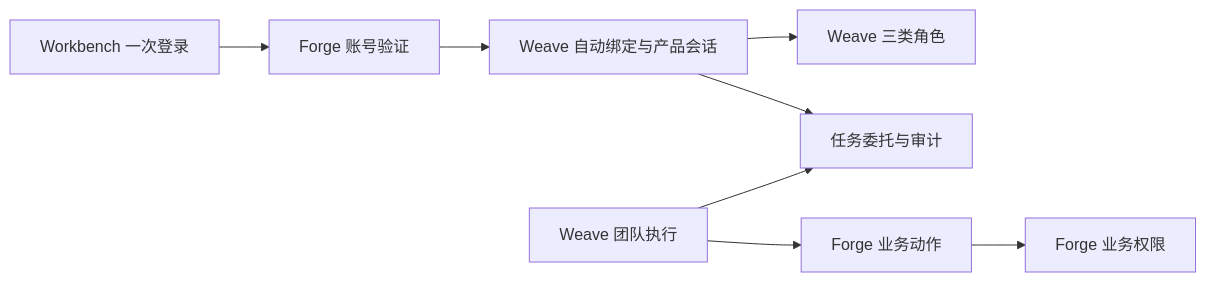
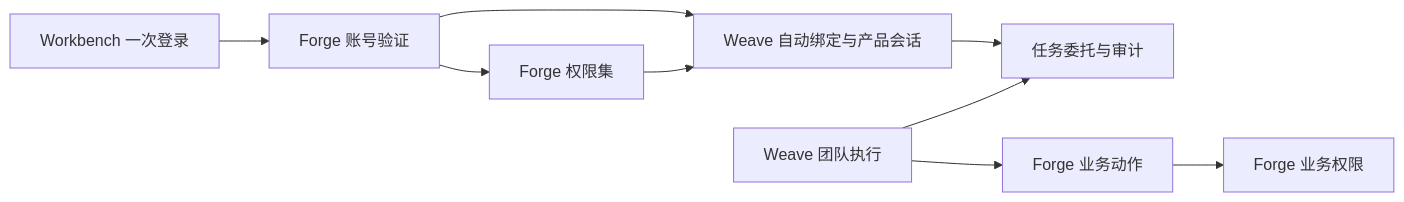
One commit to jinyitao123/weave-workbench changed the diagram in docs/architecture/access-control-boundary.md. Above: the diagram before and after it, drawn with Mermaid. The commit also changed other lines of this file and 16 other files, not shown here.

````diff
--- a/docs/architecture/access-control-boundary.md
+++ b/docs/architecture/access-control-boundary.md
@@ -31,10 +31,11 @@
 ```mermaid
 flowchart LR
     D[Workbench 一次登录] --> FID[Forge 账号验证]
     FID --> A[Weave 自动绑定与产品会话]
-    A --> R[Weave 三类角色]
+    FID --> R[Forge 权限集]
+    R --> A
     A --> G[任务委托与审计]
     W[Weave 团队执行] --> G
     W --> F[Forge 业务动作]
     F --> B[Forge 业务权限]
 ```
````
